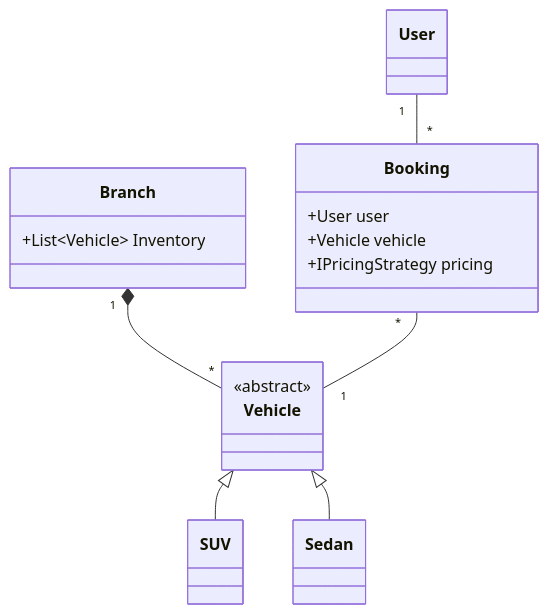
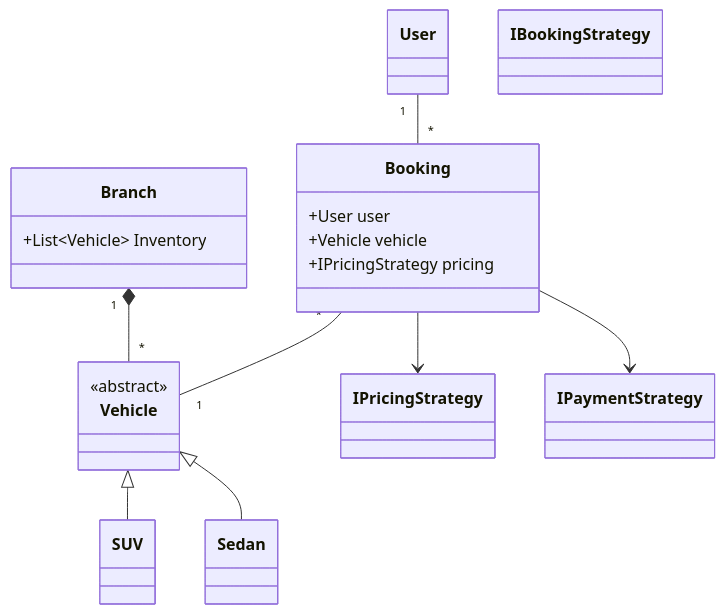
One commit to shanrastogi/Csharp-LLD-Practice changed the first of 8 diagrams in c_lld_revision_notes.md. Above: the diagram before and after it, drawn with Mermaid. The commit also changed other lines of this file, not shown here.

````diff
--- a/c_lld_revision_notes.md
+++ b/c_lld_revision_notes.md
@@ -17,22 +31,28 @@
 ```mermaid
 classDiagram
     class User
     class Branch {
         +List~Vehicle~ Inventory
     }
     class Vehicle {
         <<abstract>>
     }
     class SUV
     class Sedan
     class Booking {
         +User user
         +Vehicle vehicle
         +IPricingStrategy pricing
     }
+    class IBookingStrategy
+    class IPricingStrategy
+    class IPaymentStrategy
+
     Vehicle <|-- SUV
     Vehicle <|-- Sedan
     Branch "1" *-- "*" Vehicle
     User "1" -- "*" Booking
     Booking "*" -- "1" Vehicle
-```
+    Booking --> IPricingStrategy
+    Booking --> IPaymentStrategy
+``` 
````
